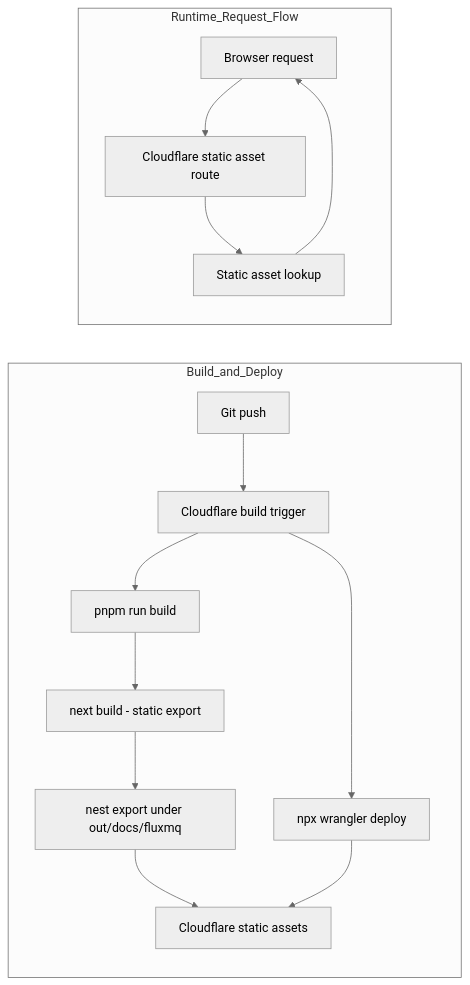
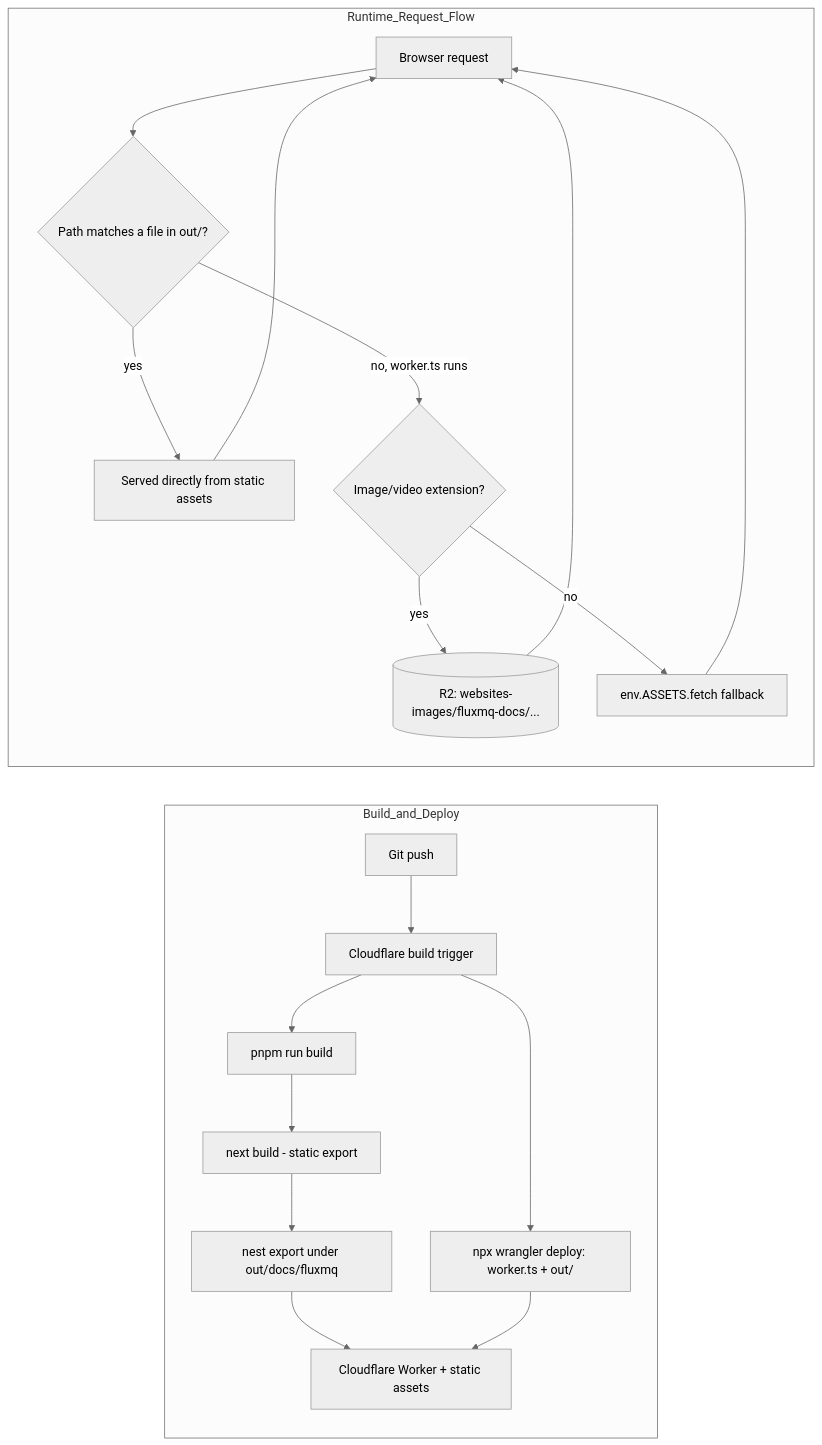
Before and after one commit to absmach/fluxmq: the diagram in docs/README.md, drawn with Mermaid (neutral theme). The commit also changed other lines of this file and 11 other files, not shown here.

````diff
--- a/docs/README.md
+++ b/docs/README.md
@@ -35,18 +40,23 @@
 ```mermaid
 flowchart LR
   subgraph Build_and_Deploy
     A[Git push] --> B[Cloudflare build trigger]
     B --> C[pnpm run build]
     C --> D[next build - static export]
     D --> E[nest export under out/docs/fluxmq]
-    B --> F[npx wrangler deploy]
-    E --> G[Cloudflare static assets]
+    B --> F[npx wrangler deploy: worker.ts + out/]
+    E --> G[Cloudflare Worker + static assets]
     F --> G
   end
 
   subgraph Runtime_Request_Flow
-    U[Browser request] --> H[Cloudflare static asset route]
-    H --> J[Static asset lookup]
+    U[Browser request] --> H{Path matches a file in out/?}
+    H -- yes --> J[Served directly from static assets]
+    H -- no, worker.ts runs --> K{Image/video extension?}
+    K -- yes --> L[(R2: websites-images/fluxmq-docs/...)]
+    K -- no --> M[env.ASSETS.fetch fallback]
     J --> U
+    L --> U
+    M --> U
   end
 ```
````
